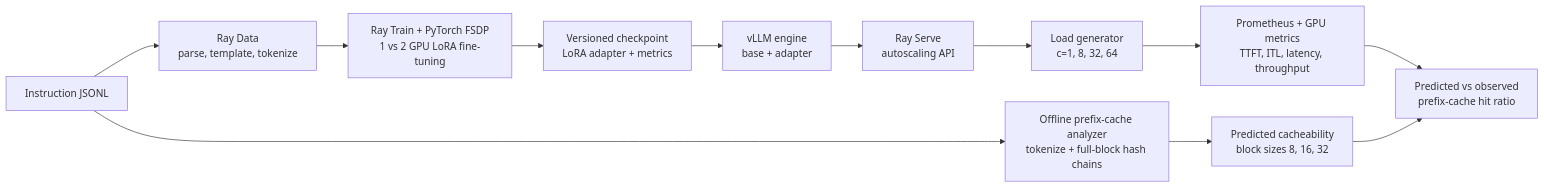
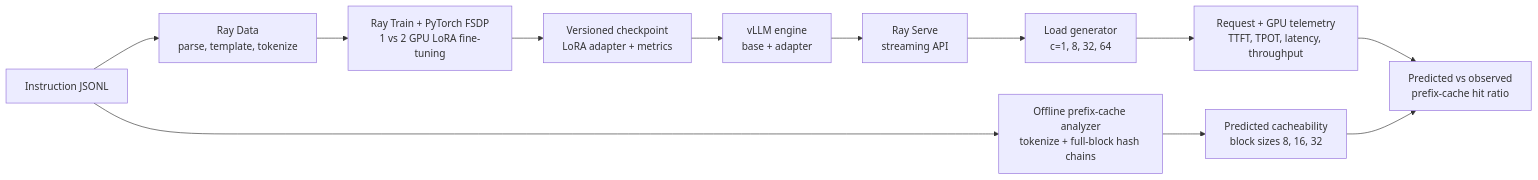
Before and after one commit to SarnadAbhilash/ray-vllm-systems-lab: the diagram in README.md, drawn with Mermaid. The commit also changed other lines of this file and 17 other files, not shown here.

````diff
--- a/README.md
+++ b/README.md
@@ -13,14 +13,14 @@
 ```mermaid
 flowchart LR
     A["Instruction JSONL"] --> B["Ray Data<br/>parse, template, tokenize"]
     B --> C["Ray Train + PyTorch FSDP<br/>1 vs 2 GPU LoRA fine-tuning"]
     C --> D["Versioned checkpoint<br/>LoRA adapter + metrics"]
     D --> E["vLLM engine<br/>base + adapter"]
-    E --> F["Ray Serve<br/>autoscaling API"]
+    E --> F["Ray Serve<br/>streaming API"]
     F --> G["Load generator<br/>c=1, 8, 32, 64"]
-    G --> H["Prometheus + GPU metrics<br/>TTFT, ITL, latency, throughput"]
+    G --> H["Request + GPU telemetry<br/>TTFT, TPOT, latency, throughput"]
     A --> I["Offline prefix-cache analyzer<br/>tokenize + full-block hash chains"]
     I --> J["Predicted cacheability<br/>block sizes 8, 16, 32"]
     H --> K["Predicted vs observed<br/>prefix-cache hit ratio"]
     J --> K
 ```
````
